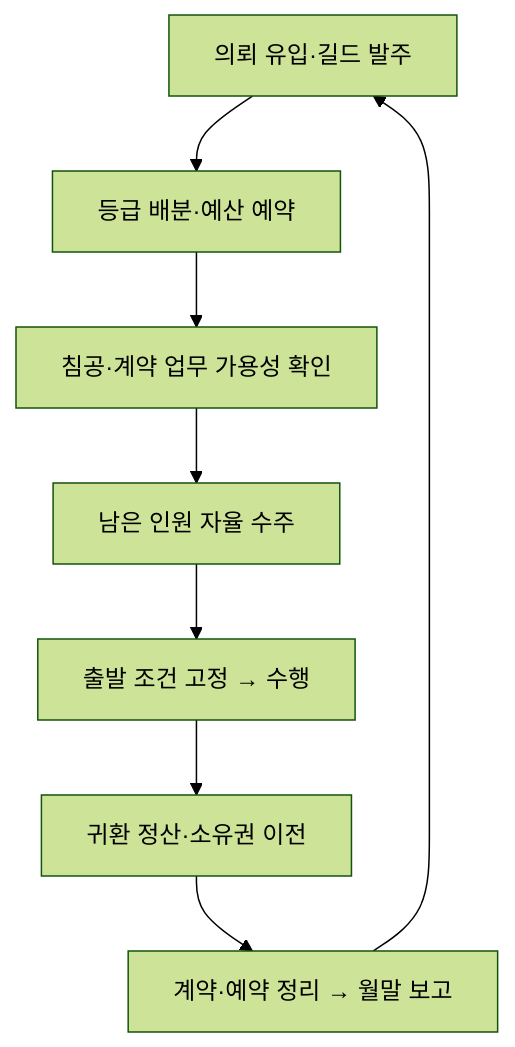
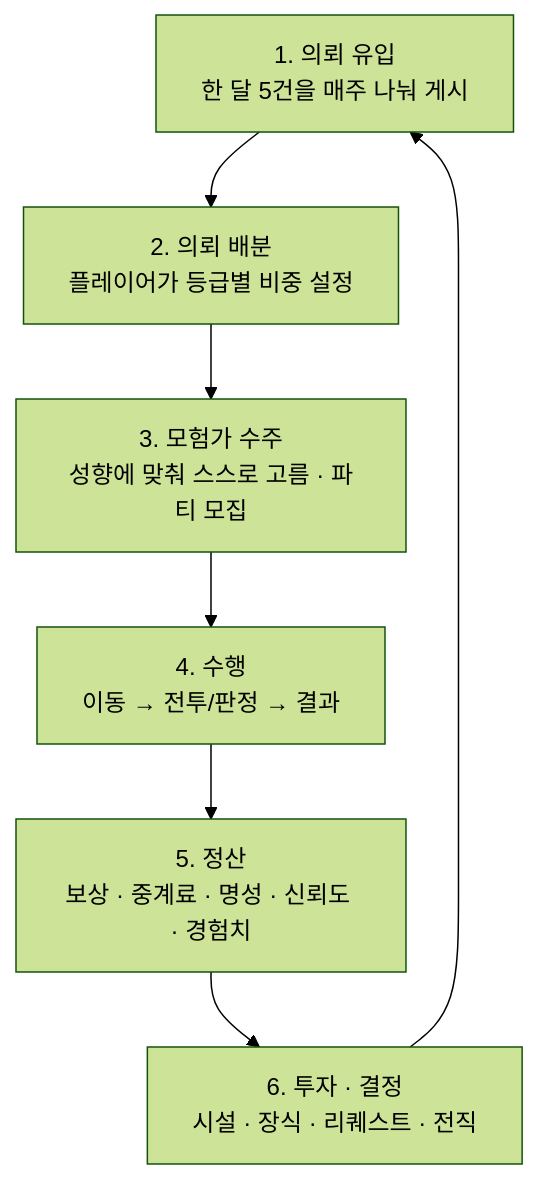
One commit to applesoda01/Project_F changed the diagram in docs/book-v2/src/ch02/loop.md. Above: the diagram before and after it, drawn with Mermaid (forest theme). The commit also changed other lines of this file and 31 other files, not shown here.

````diff
--- a/docs/book-v2/src/ch02/loop.md
+++ b/docs/book-v2/src/ch02/loop.md
@@ -5,10 +5,9 @@
 ```mermaid
 flowchart TB
- A[의뢰 유입·길드 발주] --> B[등급 배분·예산 예약]
- B --> C[침공·계약 업무 가용성 확인]
- C --> D[남은 인원 자율 수주]
- D --> E[출발 조건 고정 → 수행]
- E --> F[귀환 정산·소유권 이전]
- F --> G[계약·예약 정리 → 월말 보고]
- G --> A
+  A[1. 의뢰 유입<br/>한 달 5건을 매주 나눠 게시] --> B[2. 의뢰 배분<br/>플레이어가 등급별 비중 설정]
+  B --> C[3. 모험가 수주<br/>성향에 맞춰 스스로 고름 · 파티 모집]
+  C --> D[4. 수행<br/>이동 → 전투/판정 → 결과]
+  D --> E[5. 정산<br/>보상 · 중계료 · 명성 · 신뢰도 · 경험치]
+  E --> F[6. 투자 · 결정<br/>시설 · 장식 · 리퀘스트 · 전직]
+  F --> A
 ```
````
